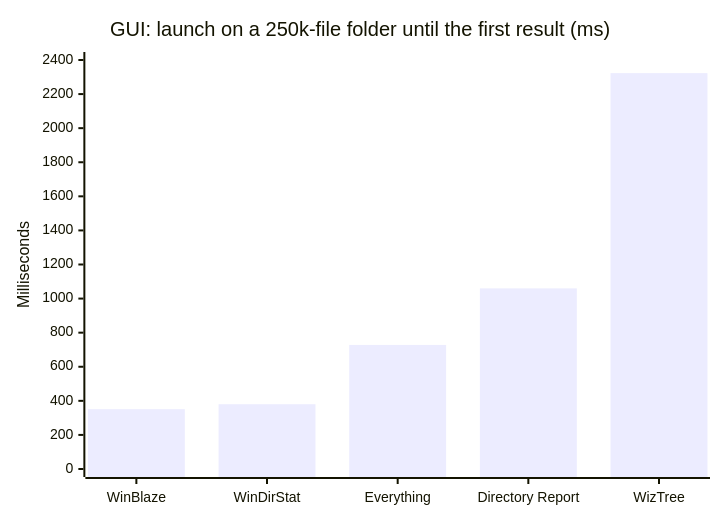
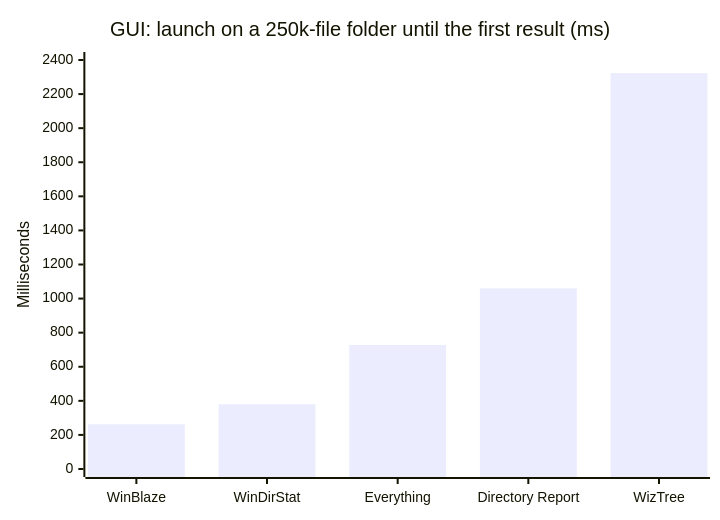
The sixth of 7 diagrams in README.md (marksmayo/WinBlaze), drawn with Mermaid before and after one commit. The commit also changed other lines of this file, not shown here.

````diff
--- a/README.md
+++ b/README.md
@@ -85,7 +85,7 @@
 ```mermaid
 xychart-beta
     title "GUI: launch on a 250k-file folder until the first result (ms)"
     x-axis ["WinBlaze", "WinDirStat", "Everything", "Directory Report", "WizTree"]
     y-axis "Milliseconds" 0 --> 2400
-    bar [351, 380, 728, 1060, 2323]
+    bar [262, 380, 728, 1060, 2323]
 ```
````
